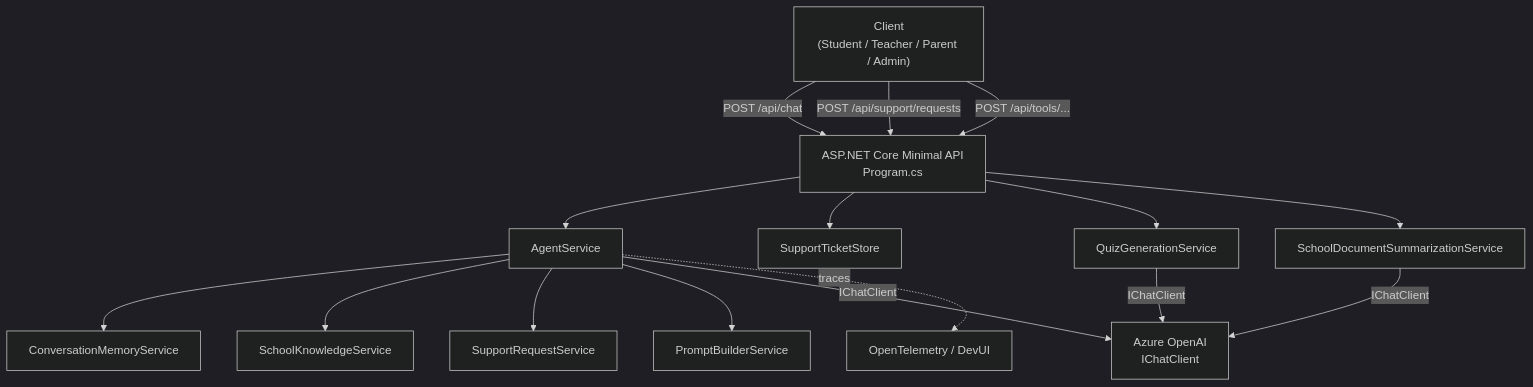
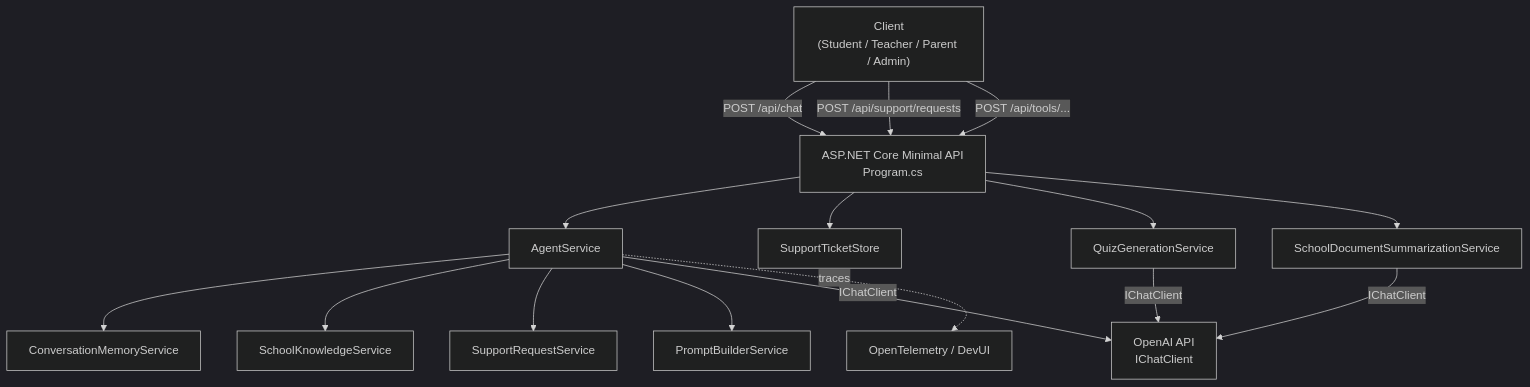
The diagram in README.md (AlyaariHazem/SchoolAISupport), drawn with Mermaid (dark theme) before and after one commit. The commit also changed other lines of this file and 10 other files, not shown here.

Commit message:
Switch to OpenAI API, add endpoints & Swagger

````diff
--- a/README.md
+++ b/README.md
@@ -76,31 +76,31 @@
 ```mermaid
 graph TD
     Client["Client\n(Student / Teacher / Parent / Admin)"]
     API["ASP.NET Core Minimal API\nProgram.cs"]
     Agent["AgentService"]
     Memory["ConversationMemoryService"]
     Knowledge["SchoolKnowledgeService"]
     Support["SupportRequestService"]
     Prompt["PromptBuilderService"]
-    AOAI["Azure OpenAI\nIChatClient"]
+    AOAI["OpenAI API\nIChatClient"]
     Store["SupportTicketStore"]
     Quiz["QuizGenerationService"]
     Summarize["SchoolDocumentSummarizationService"]
     OTel["OpenTelemetry / DevUI"]
 
     Client -->|"POST /api/chat"| API
     Client -->|"POST /api/support/requests"| API
     Client -->|"POST /api/tools/..."| API
     API --> Agent
     Agent --> Memory
     Agent --> Knowledge
     Agent --> Support
     Agent --> Prompt
     Agent -->|IChatClient| AOAI
     API --> Store
     API --> Quiz
     API --> Summarize
     Quiz -->|IChatClient| AOAI
     Summarize -->|IChatClient| AOAI
     Agent -.->|traces| OTel
 ```
````
